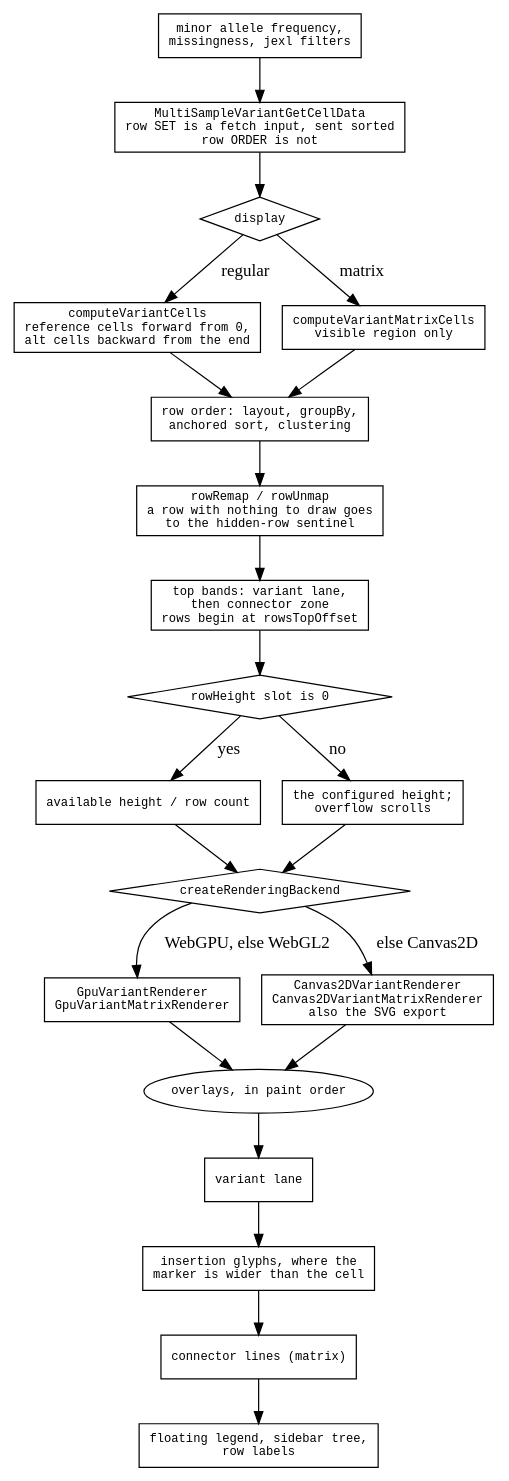
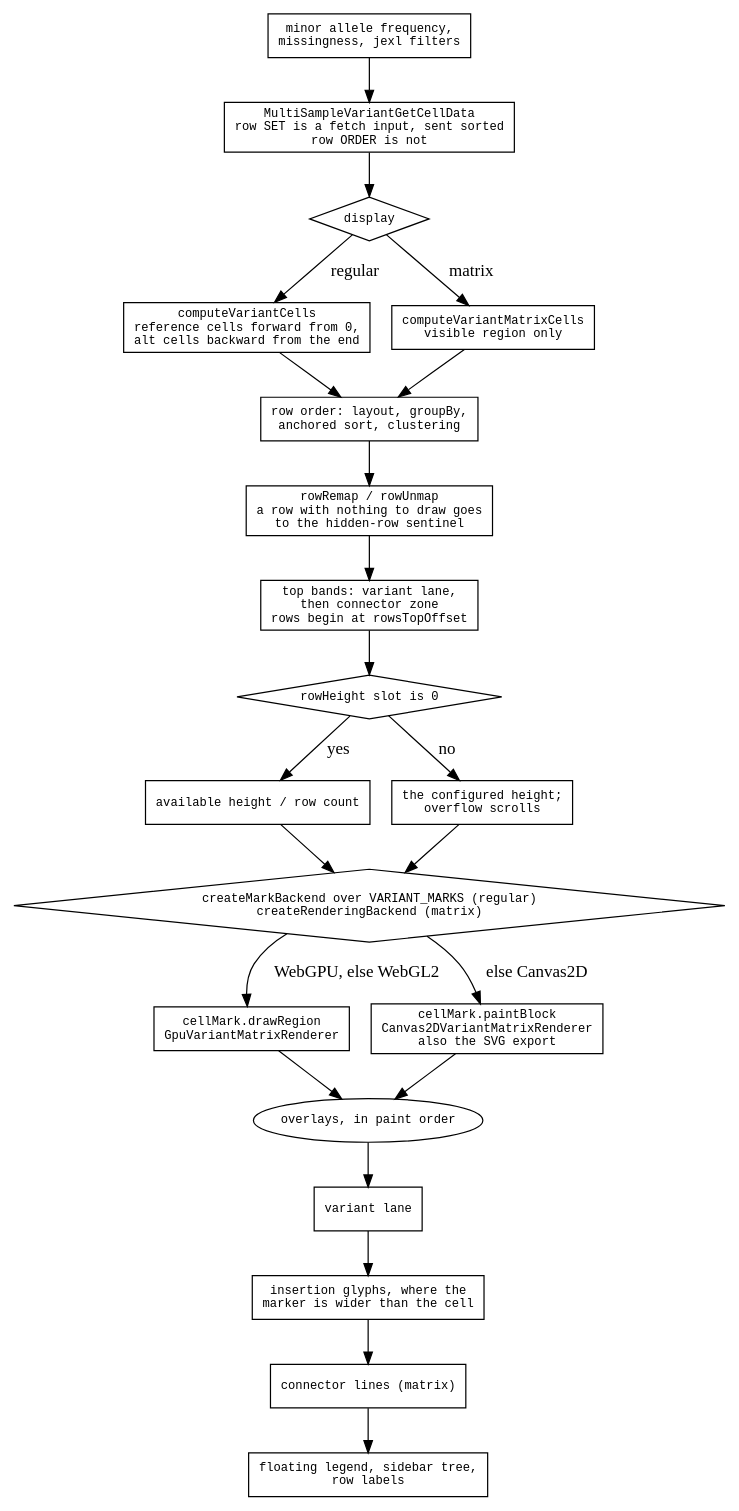
Before and after one commit to GMOD/jbrowse-components: the diagram in agent-docs/mechanisms/diagrams/variants-draw.dot, drawn with Graphviz. The commit also changed 16 other files, not shown here.

First line of the commit message:
refactor(variants): the multi-sample display draws through a cell mark

```diff
--- a/agent-docs/mechanisms/diagrams/variants-draw.dot
+++ b/agent-docs/mechanisms/diagrams/variants-draw.dot
@@ -1,44 +1,44 @@
 digraph variant_draw {
   rankdir=TB
   node [shape=box fontname=monospace fontsize=10]
   { node [shape=diamond] mode; fit; backend }
 
   filters [label="minor allele frequency,\nmissingness, jexl filters"]
   rpc     [label="MultiSampleVariantGetCellData\nrow SET is a fetch input, sent sorted\nrow ORDER is not"]
   filters -> rpc -> mode
 
   mode [label="display"]
   mode -> cells  [label=" regular"]
   mode -> mcells [label=" matrix"]
   cells  [label="computeVariantCells\nreference cells forward from 0,\nalt cells backward from the end"]
   mcells [label="computeVariantMatrixCells\nvisible region only"]
 
   order [label="row order: layout, groupBy,\nanchored sort, clustering"]
   cells -> order  mcells -> order
 
   remap [label="rowRemap / rowUnmap\na row with nothing to draw goes\nto the hidden-row sentinel"]
   order -> remap -> bands
 
   bands [label="top bands: variant lane,\nthen connector zone\nrows begin at rowsTopOffset"]
   bands -> fit
   fit [label="rowHeight slot is 0"]
   fit -> fitauto [label=" yes"]
   fit -> fitconf [label=" no"]
   fitauto [label="available height / row count"]
   fitconf [label="the configured height;\noverflow scrolls"]
   fitauto -> backend  fitconf -> backend
 
-  backend [label="createRenderingBackend"]
+  backend [label="createMarkBackend over VARIANT_MARKS (regular)\ncreateRenderingBackend (matrix)"]
   backend -> gpu [label=" WebGPU, else WebGL2"]
   backend -> c2d [label=" else Canvas2D"]
-  gpu [label="GpuVariantRenderer\nGpuVariantMatrixRenderer"]
-  c2d [label="Canvas2DVariantRenderer\nCanvas2DVariantMatrixRenderer\nalso the SVG export"]
+  gpu [label="cellMark.drawRegion\nGpuVariantMatrixRenderer"]
+  c2d [label="cellMark.paintBlock\nCanvas2DVariantMatrixRenderer\nalso the SVG export"]
 
   overlays [label="overlays, in paint order", shape=oval]
   gpu -> overlays  c2d -> overlays
   overlays -> lane -> glyphs -> conn -> legend
   lane   [label="variant lane"]
   glyphs [label="insertion glyphs, where the\nmarker is wider than the cell"]
   conn   [label="connector lines (matrix)"]
   legend [label="floating legend, sidebar tree,\nrow labels"]
 }
```
